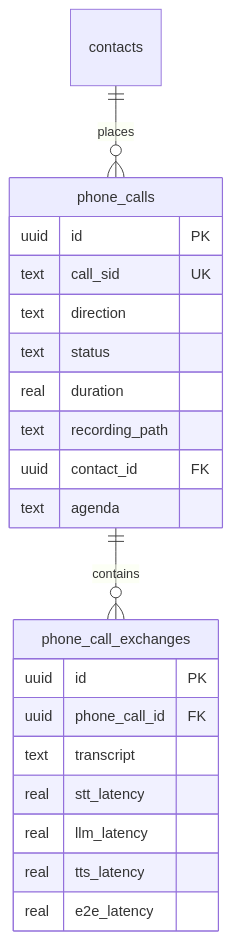
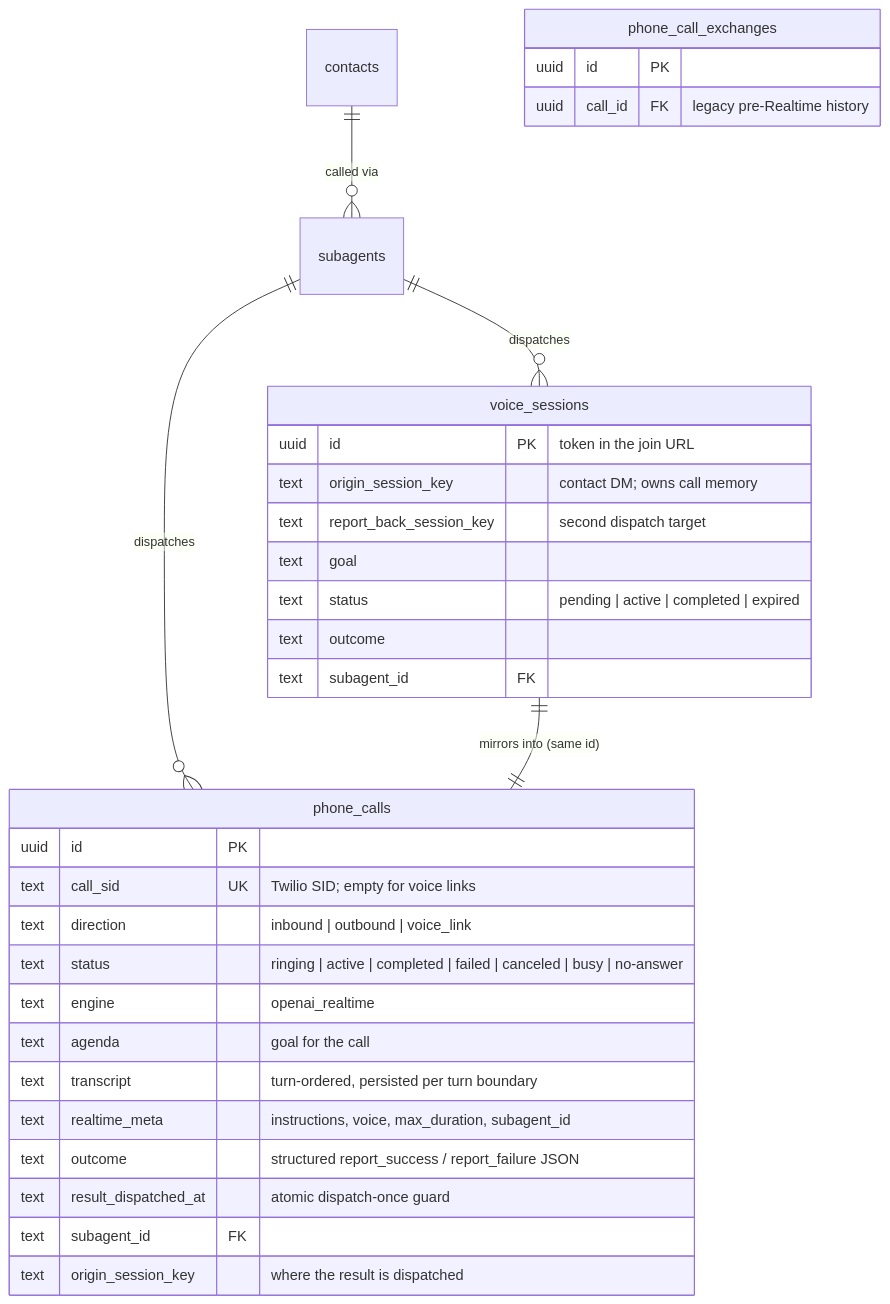
One commit to mike-crabcat/bob changed the third of 6 diagrams in docs/datamodel.md. Above: the diagram before and after it, drawn with Mermaid. The commit also changed other lines of this file and 1 other file, not shown here.

Commit message:
Update phone-call docs for the realtime voice architecture
datamodel.md Phone Calls section described the retired STT→LLM→TTS
pipeline (per-exchange latency tables, ~/data/calls recordings). Rewritten
as Phone Calls & Voice Sessions: unified Realtime bridge, durable
dispatch metadata (realtime_meta/subagent_id/outcome/result_dispatched_at),
voice_sessions mirror rows, legacy exchanges marked read-only, and the
actual write paths. AGENTS.md gains a Phone & voice orientation section.

````diff
--- a/docs/datamodel.md
+++ b/docs/datamodel.md
@@ -130,25 +130,35 @@
 ```mermaid
 erDiagram
-    contacts ||--o{ phone_calls : "places"
-    phone_calls ||--o{ phone_call_exchanges : "contains"
+    contacts ||--o{ subagents : "called via"
+    subagents ||--o{ phone_calls : "dispatches"
+    subagents ||--o{ voice_sessions : "dispatches"
+    voice_sessions ||--|| phone_calls : "mirrors into (same id)"
 
     phone_calls {
         uuid id PK
-        text call_sid UK
-        text direction
-        text status
-        real duration
-        text recording_path
-        uuid contact_id FK
-        text agenda
+        text call_sid UK "Twilio SID; empty for voice links"
+        text direction "inbound | outbound | voice_link"
+        text status "ringing | active | completed | failed | canceled | busy | no-answer"
+        text engine "openai_realtime"
+        text agenda "goal for the call"
+        text transcript "turn-ordered, persisted per turn boundary"
+        text realtime_meta "instructions, voice, max_duration, subagent_id"
+        text outcome "structured report_success / report_failure JSON"
+        text result_dispatched_at "atomic dispatch-once guard"
+        text subagent_id FK
+        text origin_session_key "where the result is dispatched"
+    }
+    voice_sessions {
+        uuid id PK "token in the join URL"
+        text origin_session_key "contact DM; owns call memory"
+        text report_back_session_key "second dispatch target"
+        text goal
+        text status "pending | active | completed | expired"
+        text outcome
+        text subagent_id FK
     }
     phone_call_exchanges {
         uuid id PK
-        uuid phone_call_id FK
-        text transcript
-        real stt_latency
-        real llm_latency
-        real tts_latency
-        real e2e_latency
+        uuid call_id FK "legacy pre-Realtime history"
     }
 ```
````
